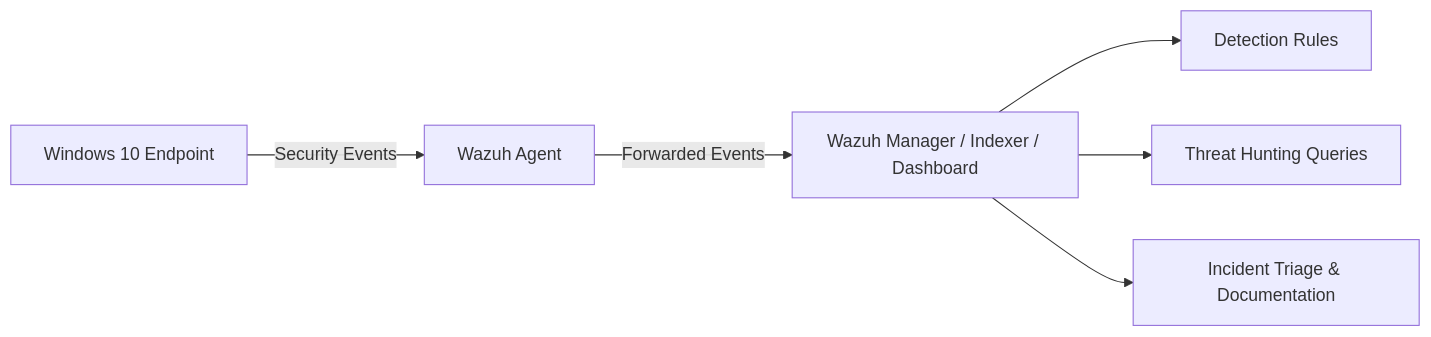
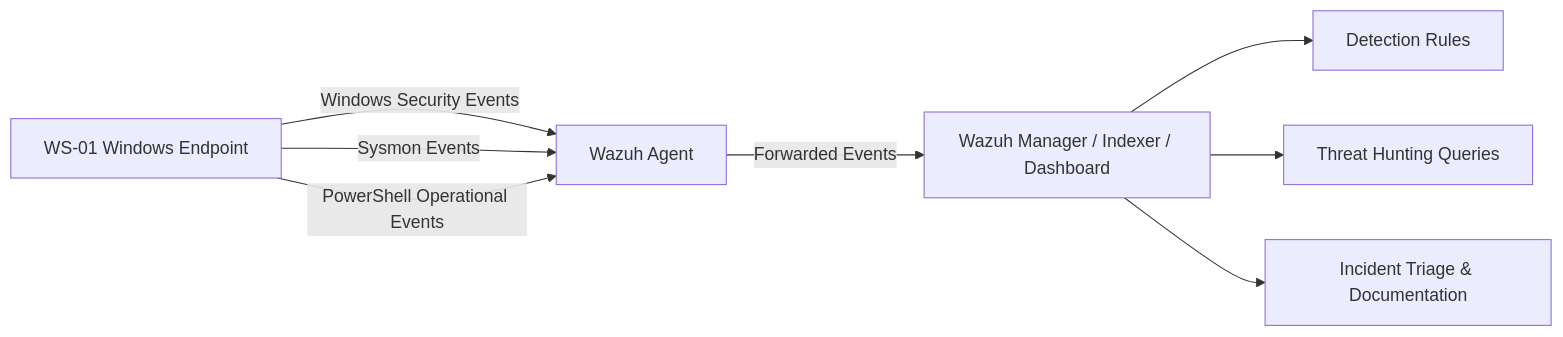
Before and after one commit to AdairPonceuwu/soc-lab-wazuh: the diagram in README.md, drawn with Mermaid. The commit also changed other lines of this file, not shown here.

````diff
--- a/README.md
+++ b/README.md
@@ -39,8 +53,10 @@
 ```mermaid
 flowchart LR
-    A[Windows 10 Endpoint] -->|Security Events| B[Wazuh Agent]
+    A[WS-01 Windows Endpoint] -->|Windows Security Events| B[Wazuh Agent]
+    A -->|Sysmon Events| B
+    A -->|PowerShell Operational Events| B
     B -->|Forwarded Events| C[Wazuh Manager / Indexer / Dashboard]
     C --> D[Detection Rules]
     C --> E[Threat Hunting Queries]
     C --> F[Incident Triage & Documentation]
 ```
````
